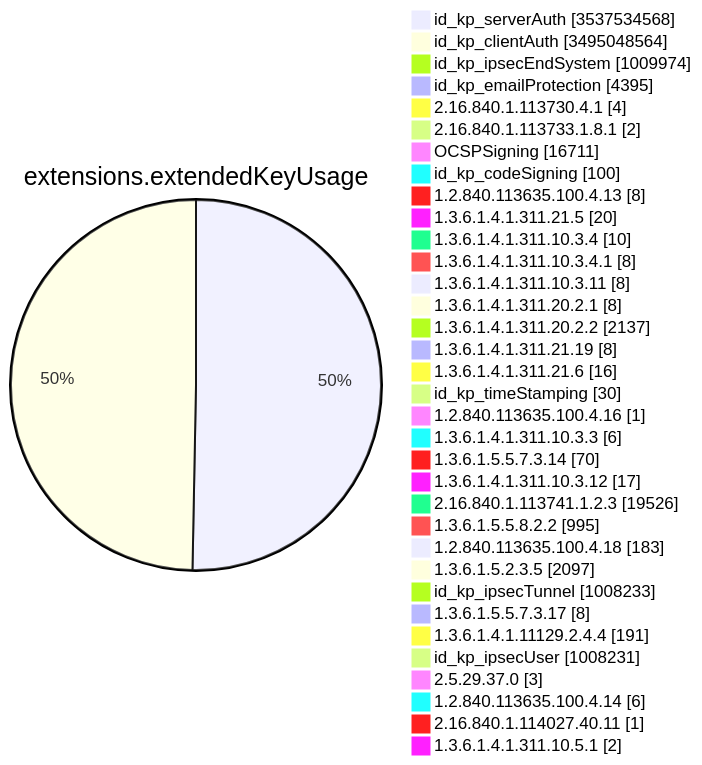
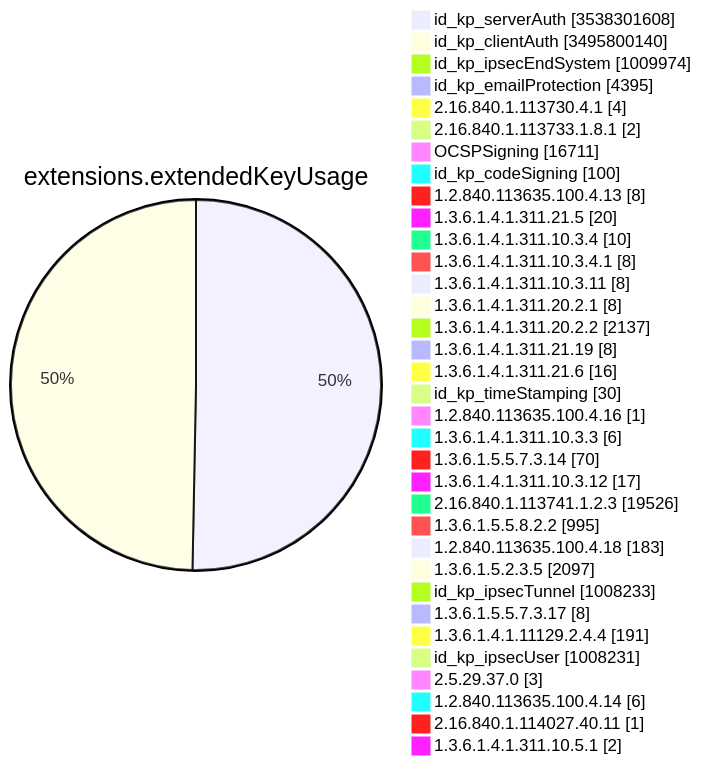
Before and after one commit to christiankrug/ctmonitor_visualization: diagram 11 of 15 in TOTAL/README.md, drawn with Mermaid. The commit also changed other lines of this file, not shown here.

````diff
--- a/TOTAL/README.md
+++ b/TOTAL/README.md
@@ -4127,38 +4127,38 @@
 ```mermaid
 pie showData
 title extensions.extendedKeyUsage
-"id_kp_serverAuth" :3537534568
-"id_kp_clientAuth" :3495048564
+"id_kp_serverAuth" :3538301608
+"id_kp_clientAuth" :3495800140
 "id_kp_ipsecEndSystem" :1009974
 "id_kp_emailProtection" :4395
 "2.16.840.1.113730.4.1" :4
 "2.16.840.1.113733.1.8.1" :2
 "OCSPSigning" :16711
 "id_kp_codeSigning" :100
 "1.2.840.113635.100.4.13" :8
 "1.3.6.1.4.1.311.21.5" :20
 "1.3.6.1.4.1.311.10.3.4" :10
 "1.3.6.1.4.1.311.10.3.4.1" :8
 "1.3.6.1.4.1.311.10.3.11" :8
 "1.3.6.1.4.1.311.20.2.1" :8
 "1.3.6.1.4.1.311.20.2.2" :2137
 "1.3.6.1.4.1.311.21.19" :8
 "1.3.6.1.4.1.311.21.6" :16
 "id_kp_timeStamping" :30
 "1.2.840.113635.100.4.16" :1
 "1.3.6.1.4.1.311.10.3.3" :6
 "1.3.6.1.5.5.7.3.14" :70
 "1.3.6.1.4.1.311.10.3.12" :17
 "2.16.840.1.113741.1.2.3" :19526
 "1.3.6.1.5.5.8.2.2" :995
 "1.2.840.113635.100.4.18" :183
 "1.3.6.1.5.2.3.5" :2097
 "id_kp_ipsecTunnel" :1008233
 "1.3.6.1.5.5.7.3.17" :8
 "1.3.6.1.4.1.11129.2.4.4" :191
 "id_kp_ipsecUser" :1008231
 "2.5.29.37.0" :3
 "1.2.840.113635.100.4.14" :6
 "2.16.840.1.114027.40.11" :1
 "1.3.6.1.4.1.311.10.5.1" :2
 ```
````
